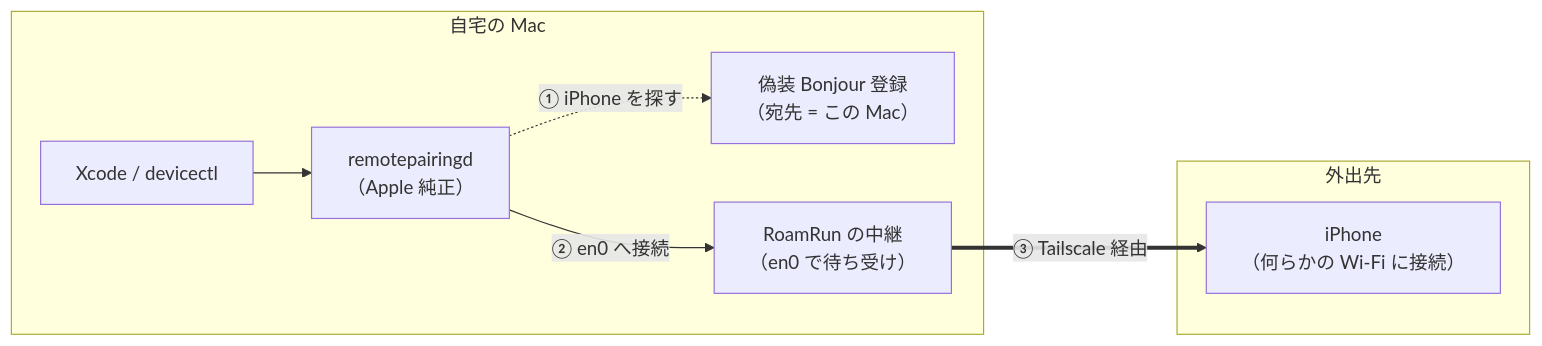
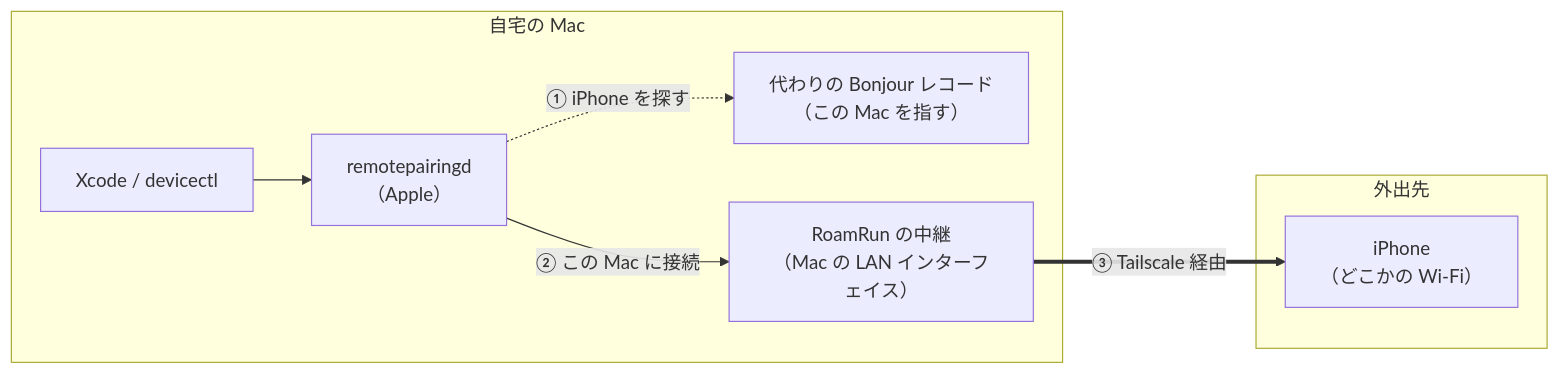
One commit to mh-mobile/RoamRun changed the diagram in README.ja.md. Above: the diagram before and after it, drawn with Mermaid. The commit also changed other lines of this file and 20 other files, not shown here.

````diff
--- a/README.ja.md
+++ b/README.ja.md
@@ -31,14 +35,14 @@
 ```mermaid
 flowchart LR
   subgraph mac["自宅の Mac"]
-    xcode["Xcode / devicectl"] --> rpd["remotepairingd<br/>（Apple 純正）"]
-    fake["偽装 Bonjour 登録<br/>（宛先 = この Mac）"]
-    relay["RoamRun の中継<br/>（en0 で待ち受け）"]
+    xcode["Xcode / devicectl"] --> rpd["remotepairingd<br/>（Apple）"]
+    fake["代わりの Bonjour レコード<br/>（この Mac を指す）"]
+    relay["RoamRun の中継<br/>（Mac の LAN インターフェイス）"]
   end
   subgraph away["外出先"]
-    iphone["iPhone<br/>（何らかの Wi-Fi に接続）"]
+    iphone["iPhone<br/>（どこかの Wi-Fi）"]
   end
   rpd -. "① iPhone を探す" .-> fake
-  rpd -- "② en0 へ接続" --> relay
+  rpd -- "② この Mac に接続" --> relay
   relay == "③ Tailscale 経由" ==> iphone
 ```
````
